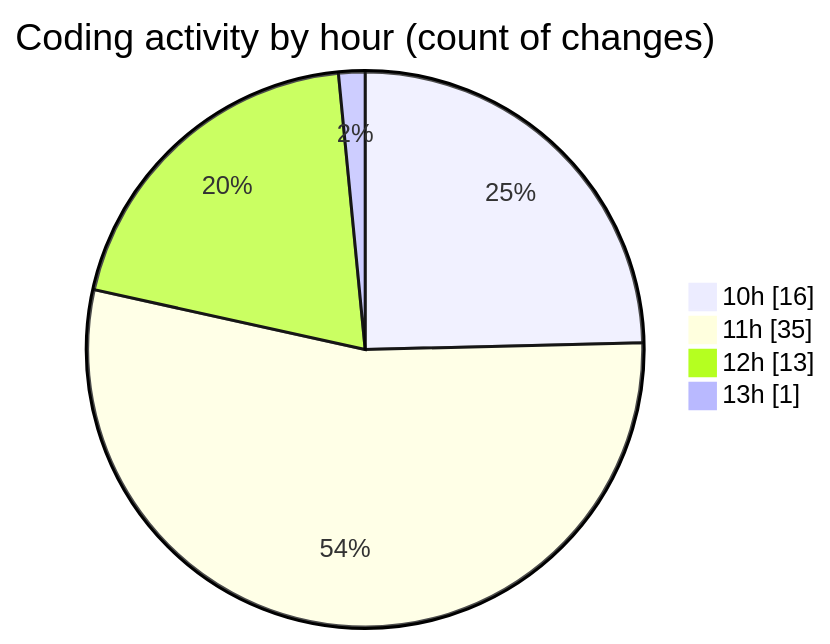
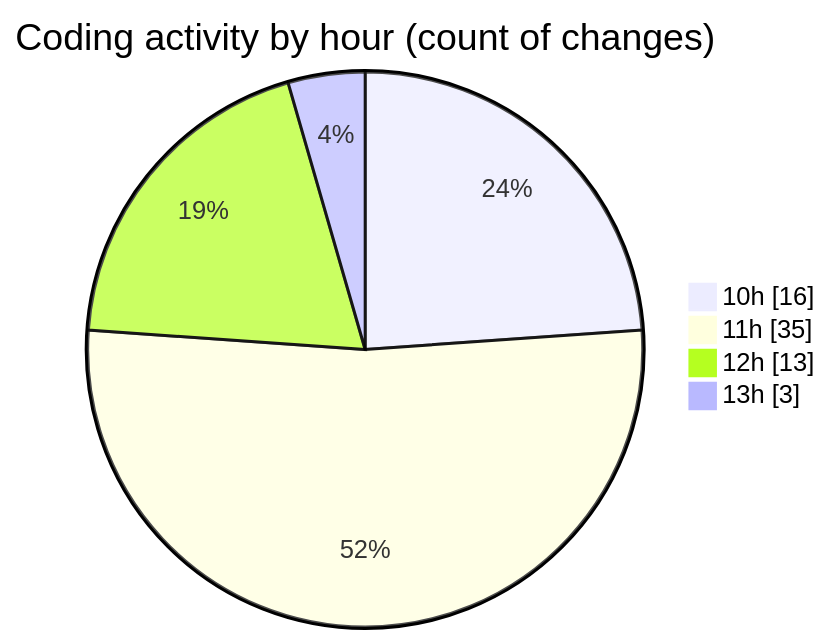
Before and after one commit to charlie-sans/code-tracking: the second of 2 diagrams in 2025-02-20/micros/README.md, drawn with Mermaid. The commit also changed other lines of this file and 1 other file, not shown here.

````diff
--- a/2025-02-20/micros/README.md
+++ b/2025-02-20/micros/README.md
@@ -48,8 +48,8 @@
 ```mermaid
 pie showData
 title Coding activity by hour (count of changes)
 "10h" : 16
 "11h" : 35
 "12h" : 13
-"13h" : 1
+"13h" : 3
 ```
````
